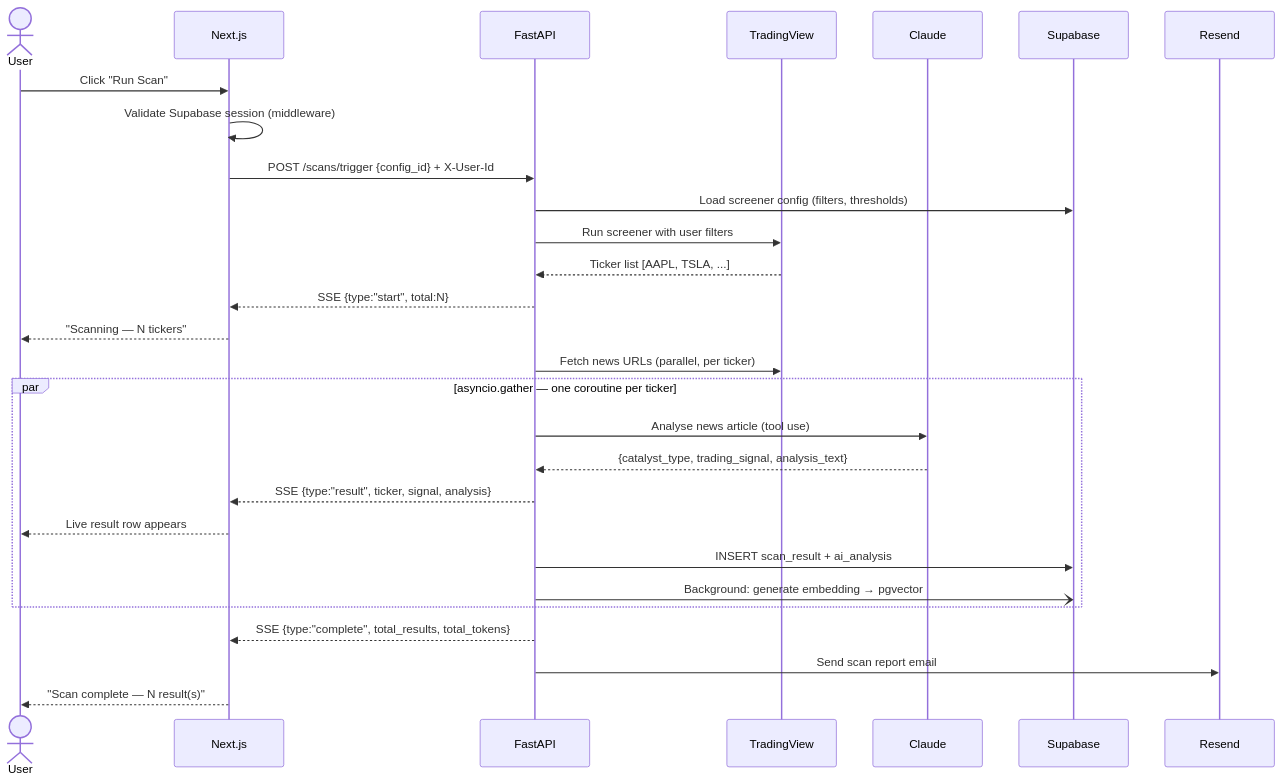
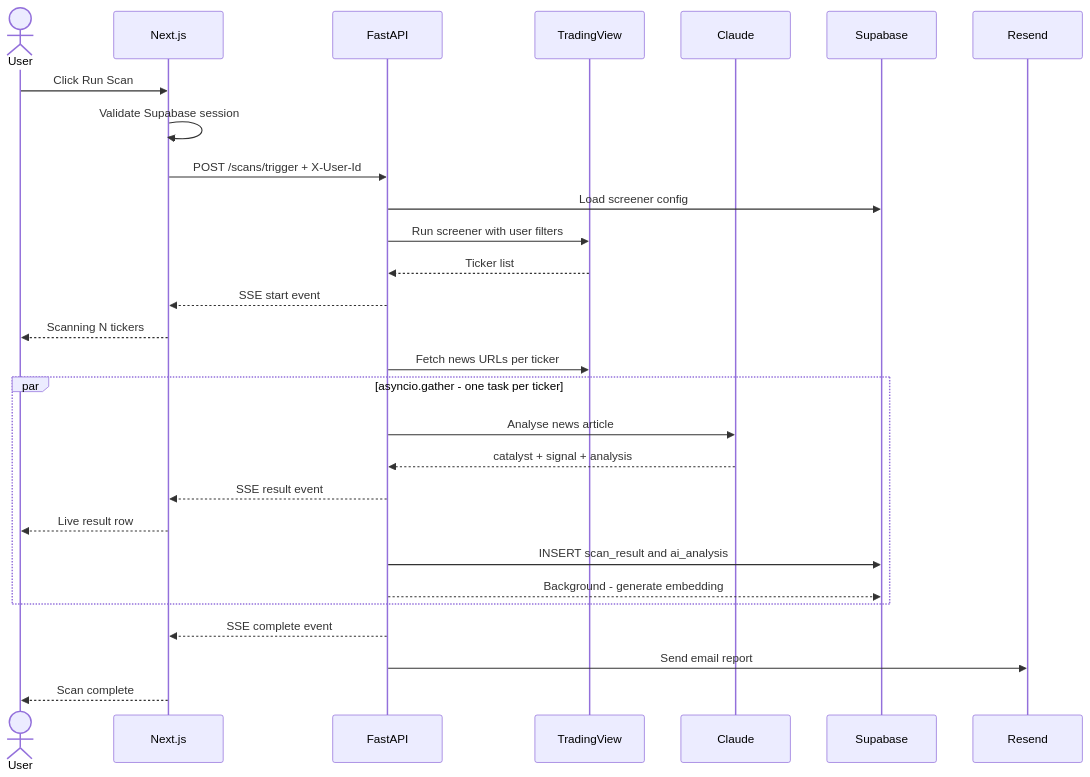
One commit to jovmlads/episodic-pivots-ai changed the second of 4 diagrams in README.md. Above: the diagram before and after it, drawn with Mermaid. The commit also changed other lines of this file, not shown here.

Commit message:
docs: fix Mermaid diagrams - remove special chars and invalid syntax

````diff
--- a/README.md
+++ b/README.md
@@ -102,34 +96,34 @@
 ```mermaid
 sequenceDiagram
     actor User
-    participant Next.js
+    participant NextJS as Next.js
     participant FastAPI
     participant TradingView
     participant Claude
     participant Supabase
     participant Resend
 
-    User->>Next.js: Click "Run Scan"
-    Next.js->>Next.js: Validate Supabase session (middleware)
-    Next.js->>FastAPI: POST /scans/trigger {config_id} + X-User-Id
-    FastAPI->>Supabase: Load screener config (filters, thresholds)
+    User->>NextJS: Click Run Scan
+    NextJS->>NextJS: Validate Supabase session
+    NextJS->>FastAPI: POST /scans/trigger + X-User-Id
+    FastAPI->>Supabase: Load screener config
     FastAPI->>TradingView: Run screener with user filters
-    TradingView-->>FastAPI: Ticker list [AAPL, TSLA, ...]
-    FastAPI-->>Next.js: SSE {type:"start", total:N}
-    Next.js-->>User: "Scanning — N tickers"
+    TradingView-->>FastAPI: Ticker list
+    FastAPI-->>NextJS: SSE start event
+    NextJS-->>User: Scanning N tickers
 
-    FastAPI->>TradingView: Fetch news URLs (parallel, per ticker)
+    FastAPI->>TradingView: Fetch news URLs per ticker
 
-    par asyncio.gather — one coroutine per ticker
-        FastAPI->>Claude: Analyse news article (tool use)
-        Claude-->>FastAPI: {catalyst_type, trading_signal, analysis_text}
-        FastAPI-->>Next.js: SSE {type:"result", ticker, signal, analysis}
-        Next.js-->>User: Live result row appears
-        FastAPI->>Supabase: INSERT scan_result + ai_analysis
-        FastAPI-)Supabase: Background: generate embedding → pgvector
+    par asyncio.gather - one task per ticker
+        FastAPI->>Claude: Analyse news article
+        Claude-->>FastAPI: catalyst + signal + analysis
+        FastAPI-->>NextJS: SSE result event
+        NextJS-->>User: Live result row
+        FastAPI->>Supabase: INSERT scan_result and ai_analysis
+        FastAPI-->>Supabase: Background - generate embedding
     end
 
-    FastAPI-->>Next.js: SSE {type:"complete", total_results, total_tokens}
-    FastAPI->>Resend: Send scan report email
-    Next.js-->>User: "Scan complete — N result(s)"
+    FastAPI-->>NextJS: SSE complete event
+    FastAPI->>Resend: Send email report
+    NextJS-->>User: Scan complete
 ```
````
